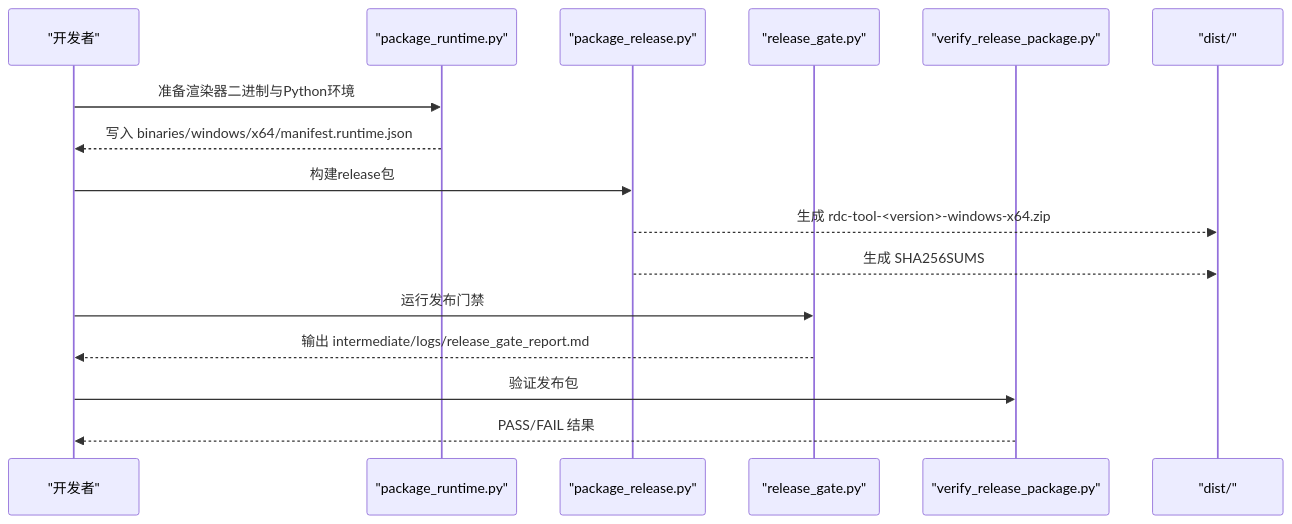
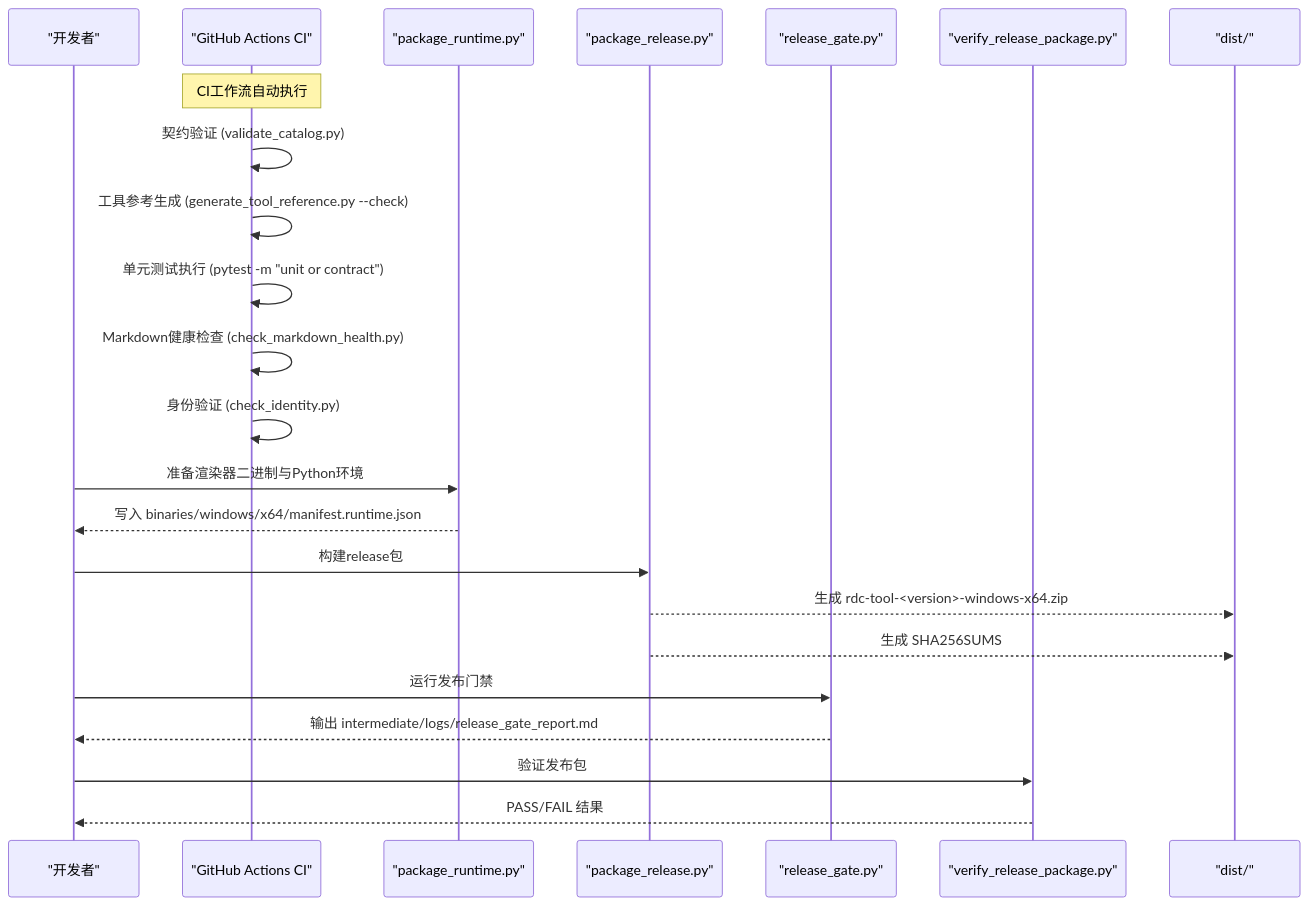
The second of 7 diagrams in .qoder/repowiki/zh/content/开发指南/构建和发布.md (haolange/RDC-Tool), drawn with Mermaid before and after one commit. The commit also changed other lines of this file and 80 other files, not shown here.

````diff
--- a/.qoder/repowiki/zh/content/开发指南/构建和发布.md
+++ b/.qoder/repowiki/zh/content/开发指南/构建和发布.md
@@ -91,18 +120,25 @@
 ```mermaid
 sequenceDiagram
 participant Dev as "开发者"
+participant CI as "GitHub Actions CI"
 participant PR as "package_runtime.py"
 participant PB as "package_release.py"
 participant RG as "release_gate.py"
 participant VP as "verify_release_package.py"
 participant Dist as "dist/"
+Note over CI : CI工作流自动执行
+CI->>CI : 契约验证 (validate_catalog.py)
+CI->>CI : 工具参考生成 (generate_tool_reference.py --check)
+CI->>CI : 单元测试执行 (pytest -m "unit or contract")
+CI->>CI : Markdown健康检查 (check_markdown_health.py)
+CI->>CI : 身份验证 (check_identity.py)
 Dev->>PR : 准备渲染器二进制与Python环境
 PR-->>Dev : 写入 binaries/windows/x64/manifest.runtime.json
 Dev->>PB : 构建release包
 PB-->>Dist : 生成 rdc-tool-<version>-windows-x64.zip
 PB-->>Dist : 生成 SHA256SUMS
 Dev->>RG : 运行发布门禁
 RG-->>Dev : 输出 intermediate/logs/release_gate_report.md
 Dev->>VP : 验证发布包
 VP-->>Dev : PASS/FAIL 结果
 ```
````
